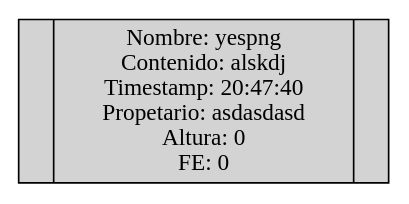
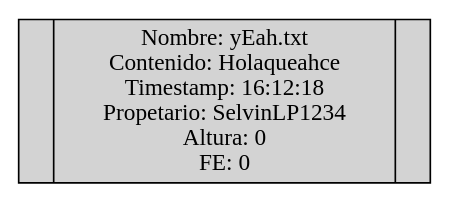
One commit to SelvinLP/EDD_2S2019_PY2_201701133 changed the diagram in [EDD]PY2_201701133/ArbolAVL.dot. Above: the diagram before and after it, drawn with Graphviz. The commit also changed 17 other files, not shown here.

```diff
--- a/[EDD]PY2_201701133/ArbolAVL.dot
+++ b/[EDD]PY2_201701133/ArbolAVL.dot
@@ -1,6 +1,6 @@
 digraph ARBOL { 
 rankdir=TB
 node[shape=record,style=filled] 
-"yespng"[label ="<C0>|<C1>Nombre: yespng\n Contenido:  alskdj\n Timestamp:  20:47:40\n Propetario:  asdasdasd\n Altura:  0\n FE:  0|<C2>"]; 
+"yEah.txt"[label ="<C0>|<C1>Nombre: yEah.txt\n Contenido:  Holaqueahce\n Timestamp:  16:12:18\n Propetario:  SelvinLP1234\n Altura:  0\n FE:  0|<C2>"]; 
 
 }
```
